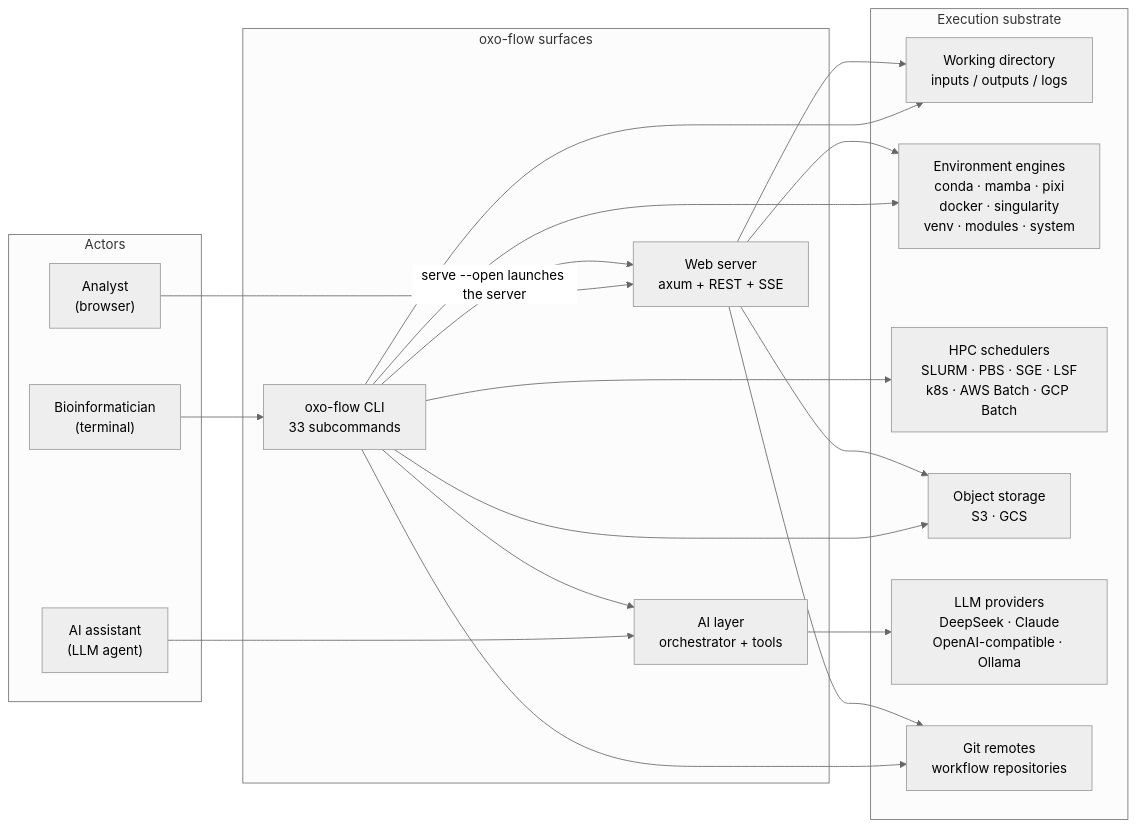
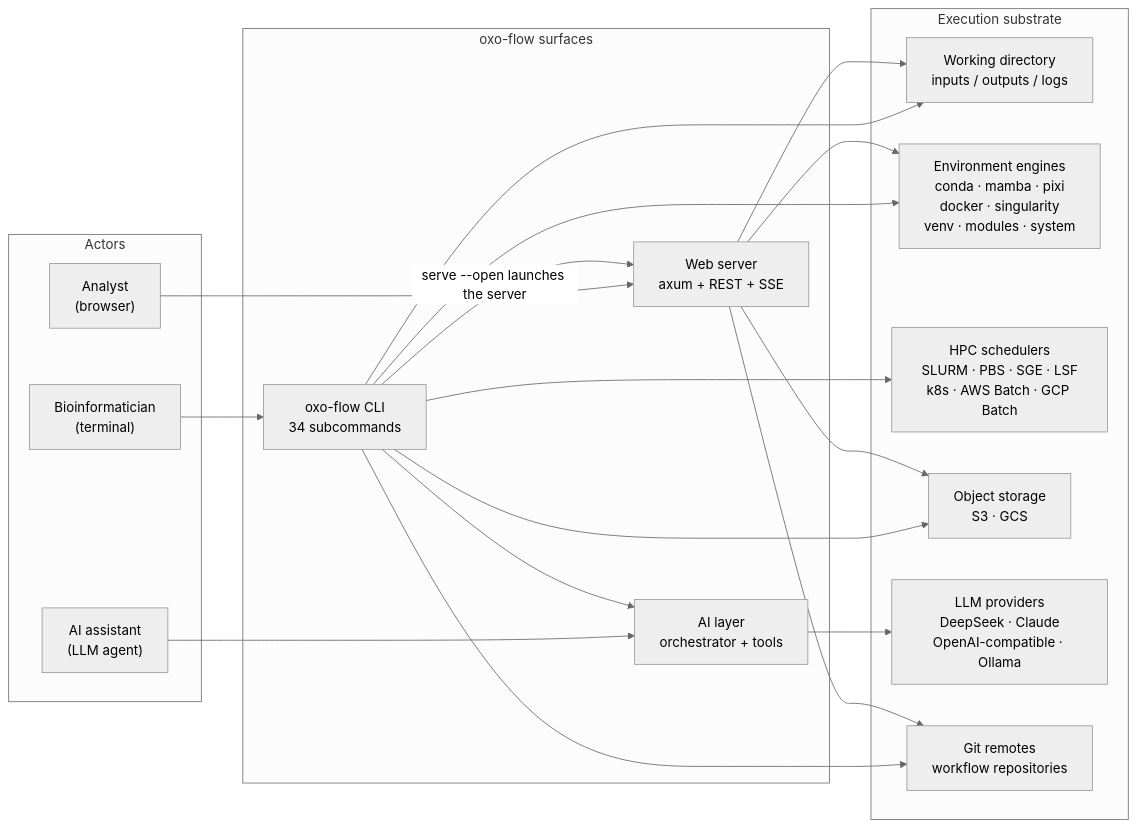
Before and after one commit to Traitome/oxo-flow: the first of 12 diagrams in docs/guide/src/reference/architecture.md, drawn with Mermaid (neutral theme). The commit also changed other lines of this file and 17 other files, not shown here.

First line of the commit message:
feat: scaffold agent docs (AGENTS.md, CLAUDE.md, SKILL.md) via oxo-flow agent-docs and init --agent (#1041)

````diff
--- a/docs/guide/src/reference/architecture.md
+++ b/docs/guide/src/reference/architecture.md
@@ -50,40 +50,40 @@
 ```mermaid
 flowchart LR
     subgraph actors["Actors"]
         bio["Bioinformatician<br/>(terminal)"]
         webuser["Analyst<br/>(browser)"]
         agent["AI assistant<br/>(LLM agent)"]
     end
 
     subgraph surfaces["oxo-flow surfaces"]
-        cli["oxo-flow CLI<br/>33 subcommands"]
+        cli["oxo-flow CLI<br/>34 subcommands"]
         web["Web server<br/>axum + REST + SSE"]
         ai["AI layer<br/>orchestrator + tools"]
     end
 
     subgraph world["Execution substrate"]
         fs["Working directory<br/>inputs / outputs / logs"]
         env["Environment engines<br/>conda · mamba · pixi<br/>docker · singularity<br/>venv · modules · system"]
         hpc["HPC schedulers<br/>SLURM · PBS · SGE · LSF<br/>k8s · AWS Batch · GCP Batch"]
         obj["Object storage<br/>S3 · GCS"]
         llm["LLM providers<br/>DeepSeek · Claude<br/>OpenAI-compatible · Ollama"]
         git["Git remotes<br/>workflow repositories"]
     end
 
     bio --> cli
     webuser --> web
     cli -- "serve --open launches the server" --> web
     agent --> ai
     cli --> ai
 
     cli --> fs
     web --> fs
     cli --> env
     web --> env
     cli --> hpc
     cli --> obj
     web --> obj
     cli --> git
     web --> git
     ai --> llm
 ```
````
